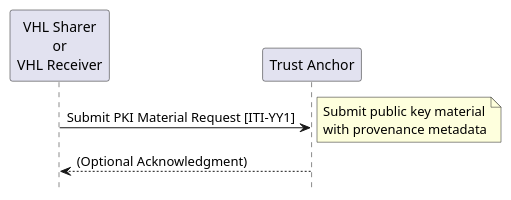
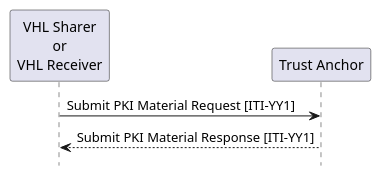
One commit to IHE/ITI.VHL changed the diagram in input/images-source/ITI-YY1.plantuml. Above: the diagram before and after it, drawn with PlantUML. The commit also changed 5 other files, not shown here.

```diff
--- a/input/images-source/ITI-YY1.plantuml
+++ b/input/images-source/ITI-YY1.plantuml
@@ -1,16 +1,12 @@
 @startuml
 skinparam svgDimensionStyle false
 hide footbox
 
 participant "VHL Sharer\nor\nVHL Receiver" as Submitter
 participant "Trust Anchor" as TA
 
 Submitter -> TA: Submit PKI Material Request [ITI-YY1]
-note right
-  Submit public key material
-  with provenance metadata
-end note
 
-TA --> Submitter: (Optional Acknowledgment)
+TA --> Submitter: Submit PKI Material Response [ITI-YY1]
 
 @enduml
```
